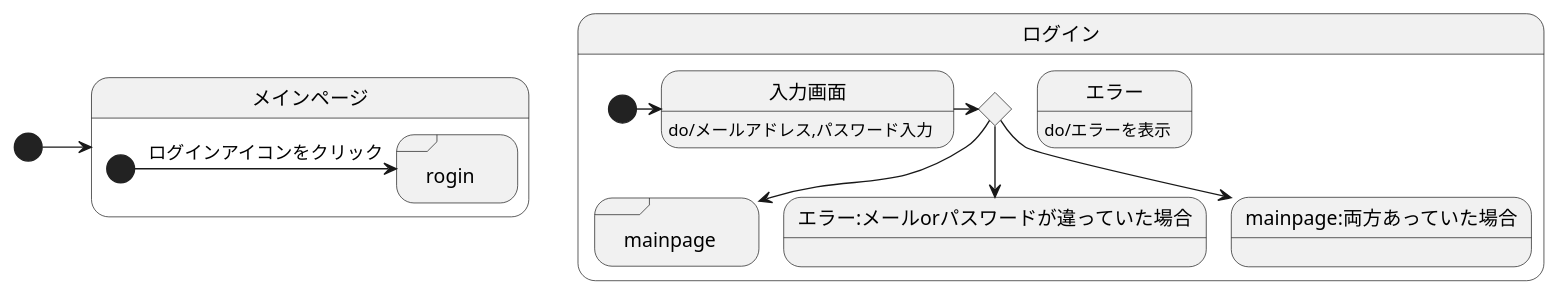
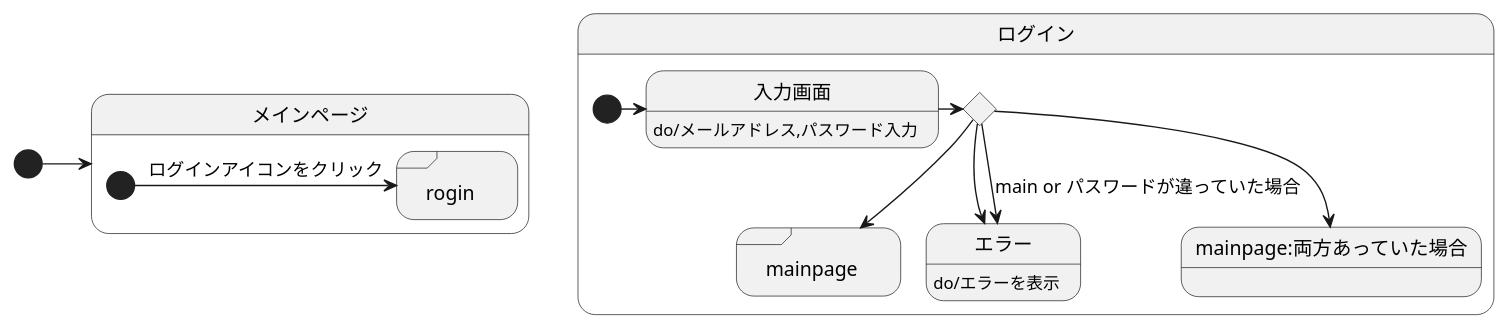
One commit to akutori/T-D-E changed the diagram in UML.md. Above: the diagram before and after it, drawn with PlantUML.

````diff
--- a/UML.md
+++ b/UML.md
@@ -1,22 +1,23 @@
 ```uml
 @startuml
 [*]->メインページ
 state メインページ{
 state rogin
     [*]-> rogin : ログインアイコンをクリック
 }
 state "rogin" <<sdlreceive>> 
 
 state ログイン{
 state input <<choice>>
 state "mainpage" <<sdlreceive>>
 入力画面:do/メールアドレス,パスワード入力
 エラー:do/エラーを表示
     [*]-> 入力画面
     入力画面->input
-    input --> エラー:メールorパスワードが違っていた場合
+    input --> エラー
+    input -->エラー:main or パスワードが違っていた場合
     input --> mainpage:両方あっていた場合
     input --> mainpage
 }
 @enduml
 ```
````
